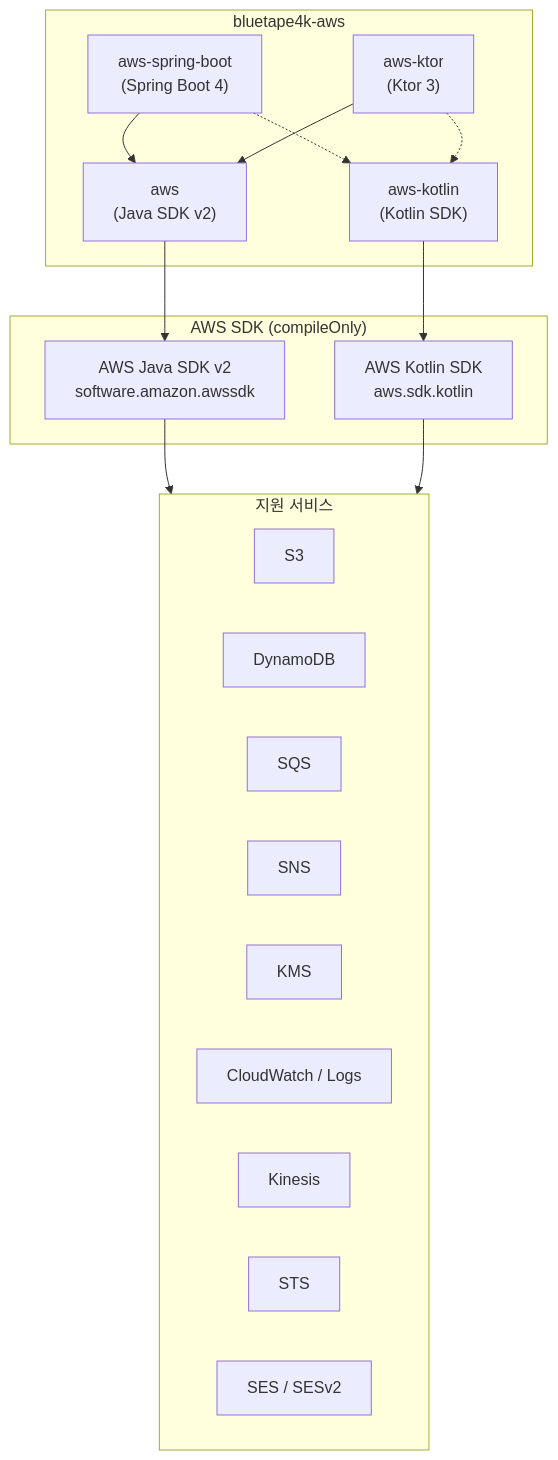
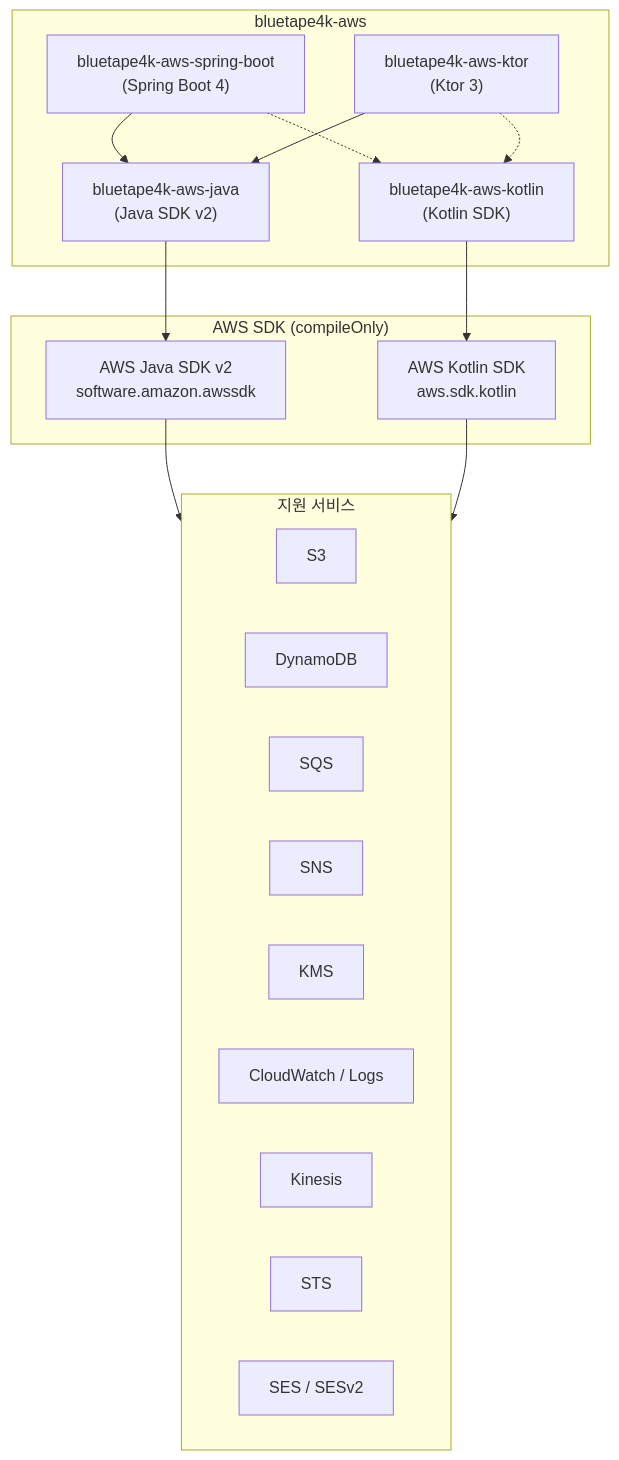
One commit to bluetape4k/bluetape4k-aws changed the first of 5 diagrams in README.ko.md. Above: the diagram before and after it, drawn with Mermaid. The commit also changed other lines of this file and 14 other files, not shown here.

First line of the commit message:
refactor: rename module artifact IDs to bluetape4k-aws-* convention

````diff
--- a/README.ko.md
+++ b/README.ko.md
@@ -50,35 +50,39 @@
 ```mermaid
 graph TD
     subgraph Repo["bluetape4k-aws"]
-        AWS["aws\n(Java SDK v2)"]
-        KOTLIN["aws-kotlin\n(Kotlin SDK)"]
-        SPRING["aws-spring-boot\n(Spring Boot 4)"]
-        KTOR["aws-ktor\n(Ktor 3)"]
+        AWS["bluetape4k-aws-java
+(Java SDK v2)"]
+        KOTLIN["bluetape4k-aws-kotlin
+(Kotlin SDK)"]
+        SPRING["bluetape4k-aws-spring-boot
+(Spring Boot 4)"]
+        KTOR["bluetape4k-aws-ktor
+(Ktor 3)"]
     end
 
     subgraph SDKs["AWS SDK (compileOnly)"]
         JAVASDK["AWS Java SDK v2\nsoftware.amazon.awssdk"]
         KOTLINSDK["AWS Kotlin SDK\naws.sdk.kotlin"]
     end
 
     subgraph Services["지원 서비스"]
         S3["S3"]
         DDB["DynamoDB"]
         SQS["SQS"]
         SNS["SNS"]
         KMS["KMS"]
         CW["CloudWatch / Logs"]
         KIN["Kinesis"]
         STS["STS"]
         SES["SES / SESv2"]
     end
 
     AWS --> JAVASDK
     KOTLIN --> KOTLINSDK
     SPRING --> AWS
     SPRING -.-> KOTLIN
     KTOR --> AWS
     KTOR -.-> KOTLIN
     JAVASDK --> Services
     KOTLINSDK --> Services
 ```
````
